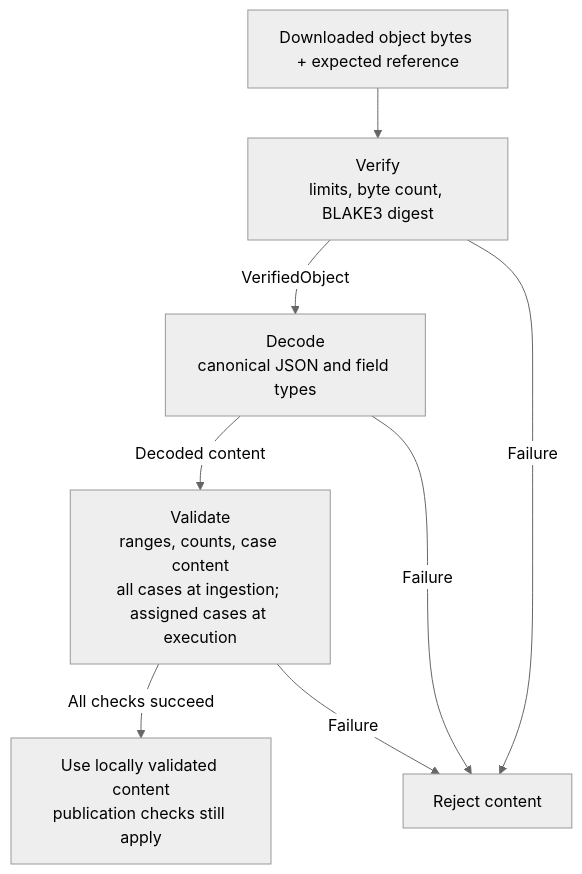
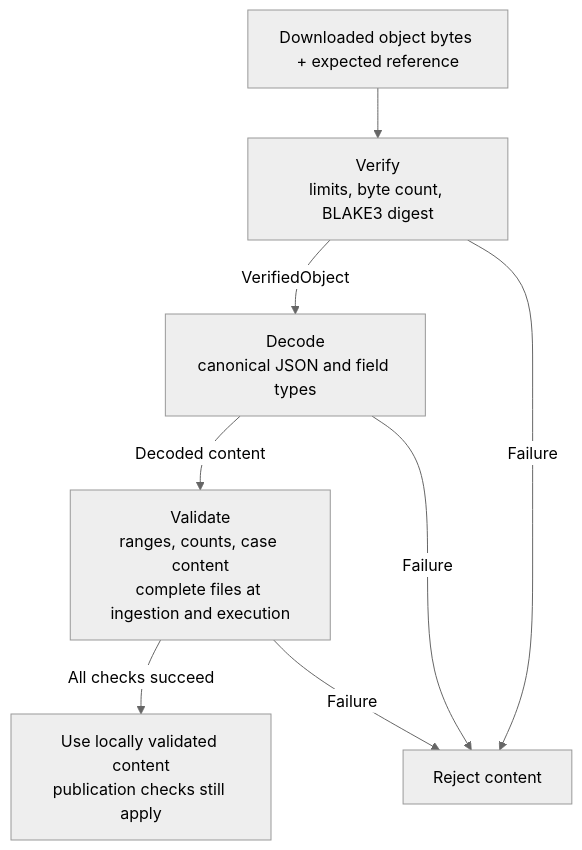
Before and after one commit to agent-vigilo/vigilo: the diagram in web/docs/architecture/case-storage/read-validation.mmd, drawn with Mermaid (neutral theme). The commit also changed 112 other files, not shown here.

```diff
--- a/web/docs/architecture/case-storage/read-validation.mmd
+++ b/web/docs/architecture/case-storage/read-validation.mmd
@@ -1,15 +1,15 @@
 flowchart TD
     bytes["Downloaded object bytes + expected reference"]
     verify["Verify<br/>limits, byte count, BLAKE3 digest"]
     decode["Decode<br/>canonical JSON and field types"]
-    validate["Validate<br/>ranges, counts, case content<br/>all cases at ingestion; assigned cases at execution"]
+    validate["Validate<br/>ranges, counts, case content<br/>complete files at ingestion and execution"]
     ready["Use locally validated content<br/>publication checks still apply"]
     reject["Reject content"]
 
     bytes --> verify
     verify -->|"VerifiedObject"| decode
     decode -->|"Decoded content"| validate
     validate -->|"All checks succeed"| ready
     verify -->|"Failure"| reject
     decode -->|"Failure"| reject
     validate -->|"Failure"| reject
```
